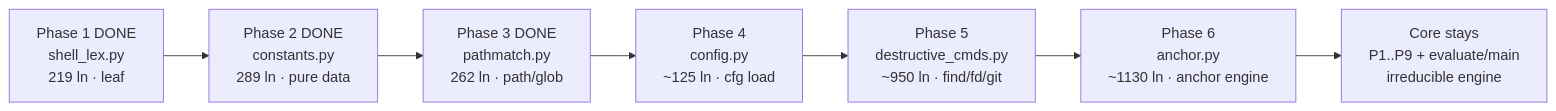
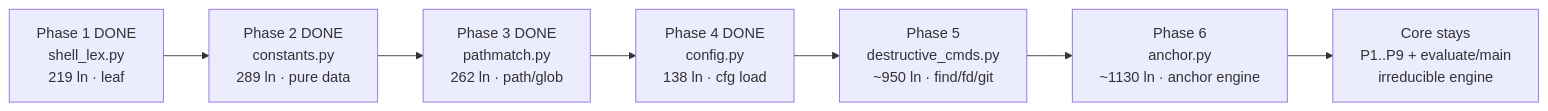
One commit to Yugoge/awesome-claude-harness changed the first of 2 diagrams in docs/reference/monolith-split-plan.md. Above: the diagram before and after it, drawn with Mermaid. The commit also changed other lines of this file and 5 other files, not shown here.

First line of the commit message:
refactor(runtime_guard): extract config.py phase-4; restore /codex on gpt-5.6-sol+xhigh

````diff
--- a/docs/reference/monolith-split-plan.md
+++ b/docs/reference/monolith-split-plan.md
@@ -116,9 +132,9 @@
 ```mermaid
 graph LR
     P1["Phase 1 DONE<br/>shell_lex.py<br/>219 ln · leaf"] --> P2["Phase 2 DONE<br/>constants.py<br/>289 ln · pure data"]
     P2 --> P3["Phase 3 DONE<br/>pathmatch.py<br/>262 ln · path/glob"]
-    P3 --> P4["Phase 4<br/>config.py<br/>~125 ln · cfg load"]
+    P3 --> P4["Phase 4 DONE<br/>config.py<br/>138 ln · cfg load"]
     P4 --> P5["Phase 5<br/>destructive_cmds.py<br/>~950 ln · find/fd/git"]
     P5 --> P6["Phase 6<br/>anchor.py<br/>~1130 ln · anchor engine"]
     P6 --> P7["Core stays<br/>P1..P9 + evaluate/main<br/>irreducible engine"]
 ```
````
